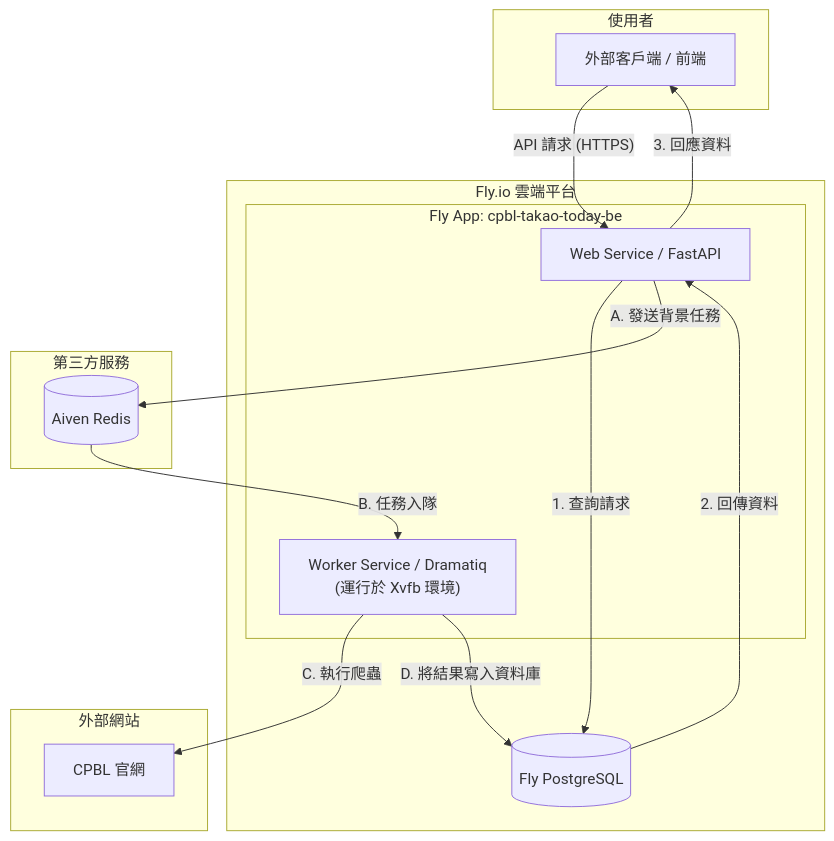
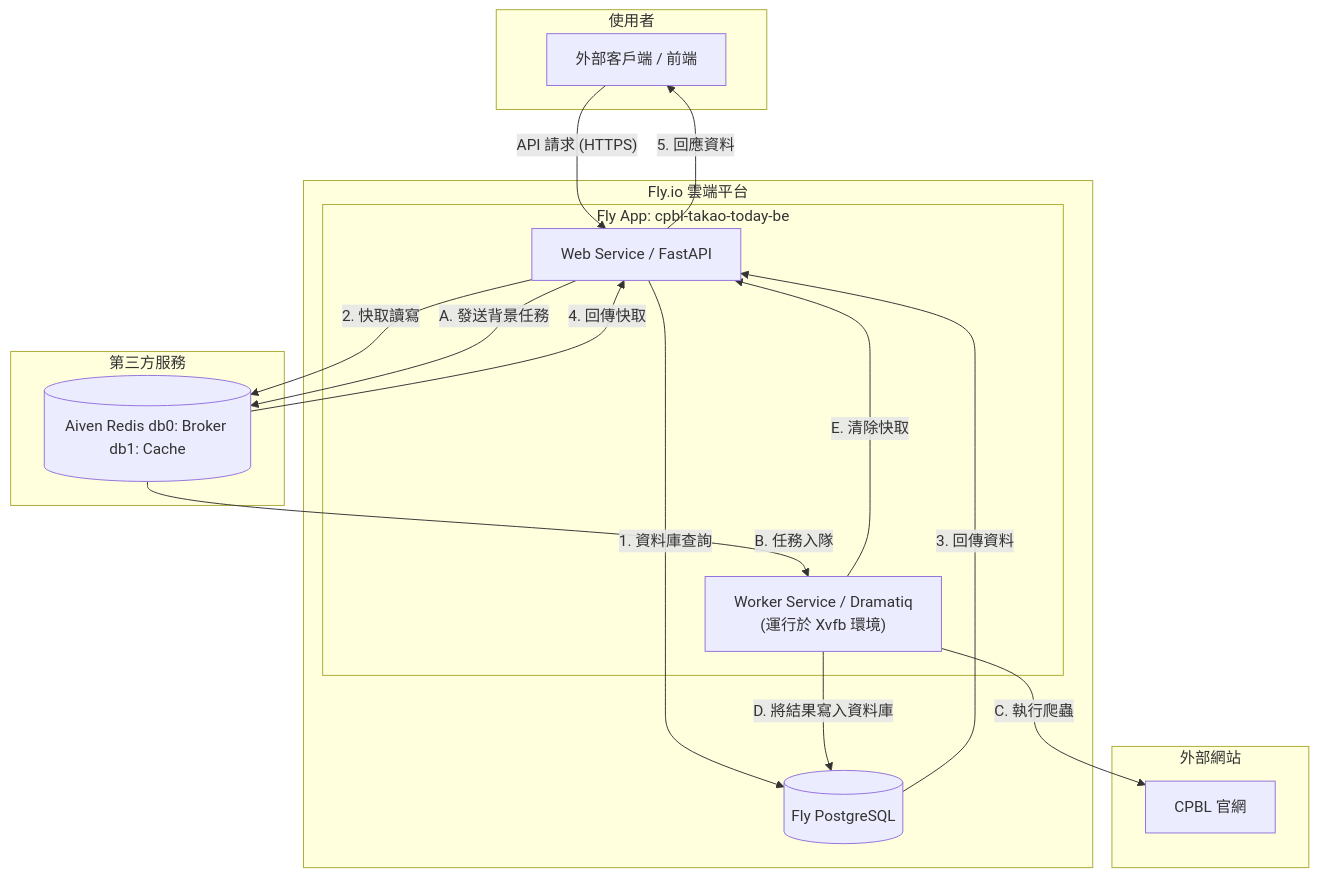
One commit to s22shadowl/cpbl_takao_today_BE changed the diagram in readme.md. Above: the diagram before and after it, drawn with Mermaid. The commit also changed other lines of this file and 1 other file, not shown here.

````diff
--- a/readme.md
+++ b/readme.md
@@ -47,32 +46,35 @@
 ```mermaid
 graph TD
     subgraph "使用者"
         Client[外部客戶端 / 前端]
     end
 
     subgraph "Fly.io 雲端平台"
         subgraph "Fly App: cpbl-takao-today-be"
             Web[Web Service / FastAPI]
             Worker["Worker Service / Dramatiq<br/>(運行於 Xvfb 環境)"]
         end
         DB[(Fly PostgreSQL)]
     end
 
     subgraph "第三方服務"
-        Broker[(Aiven Redis)]
+        Redis[(Aiven Redis db0: Broker db1: Cache)]
     end
 
     subgraph "外部網站"
         CPBL[CPBL 官網]
     end
 
     Client -- "API 請求 (HTTPS)" --> Web
-    Web -- "1. 查詢請求" --> DB
-    DB -- "2. 回傳資料" --> Web
-    Web -- "3. 回應資料" --> Client
+    Web -- "1. 資料庫查詢" --> DB
+    Web -- "2. 快取讀寫" --> Redis
+    DB -- "3. 回傳資料" --> Web
+    Redis -- "4. 回傳快取" --> Web
+    Web -- "5. 回應資料" --> Client
 
-    Web -- "A. 發送背景任務" --> Broker
-    Broker -- "B. 任務入隊" --> Worker
+    Web -- "A. 發送背景任務" --> Redis
+    Redis -- "B. 任務入隊" --> Worker
     Worker -- "C. 執行爬蟲" --> CPBL
     Worker -- "D. 將結果寫入資料庫" --> DB
+    Worker -- "E. 清除快取" --> Web
 ```
````
